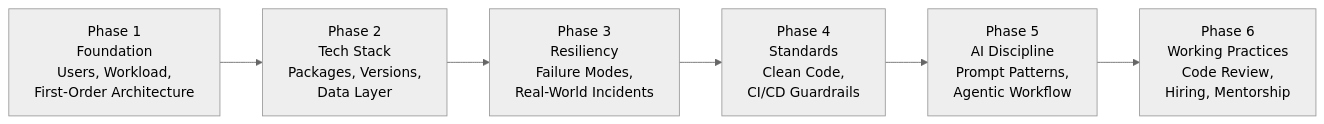
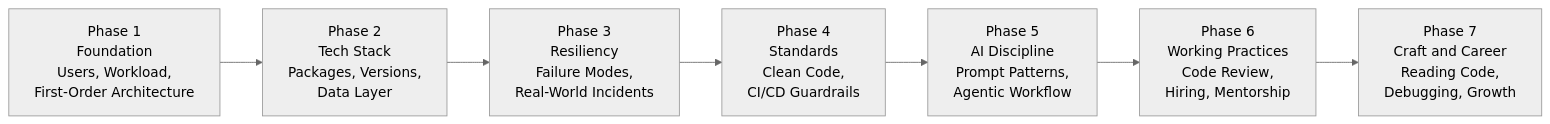
Before and after one commit to balangyaoejuspher/how-i-build: the diagram in src/pages/start-here.mdx, drawn with Mermaid (neutral theme). The commit also changed other lines of this file and 3 other files, not shown here.

Commit message:
blog: add Phase 7 Craft and Career, first post on reading unfamiliar code; add craft tag; update README + Start Here for 7 phases

````diff
--- a/src/pages/start-here.mdx
+++ b/src/pages/start-here.mdx
@@ -16,11 +16,12 @@
 ```mermaid
 flowchart LR
     P1[Phase 1<br/>Foundation<br/>Users, Workload,<br/>First-Order Architecture]
     P2[Phase 2<br/>Tech Stack<br/>Packages, Versions,<br/>Data Layer]
     P3[Phase 3<br/>Resiliency<br/>Failure Modes,<br/>Real-World Incidents]
     P4[Phase 4<br/>Standards<br/>Clean Code,<br/>CI/CD Guardrails]
     P5[Phase 5<br/>AI Discipline<br/>Prompt Patterns,<br/>Agentic Workflow]
     P6[Phase 6<br/>Working Practices<br/>Code Review,<br/>Hiring, Mentorship]
+    P7[Phase 7<br/>Craft and Career<br/>Reading Code,<br/>Debugging, Growth]
 
-    P1 --> P2 --> P3 --> P4 --> P5 --> P6
+    P1 --> P2 --> P3 --> P4 --> P5 --> P6 --> P7
 ```
````
